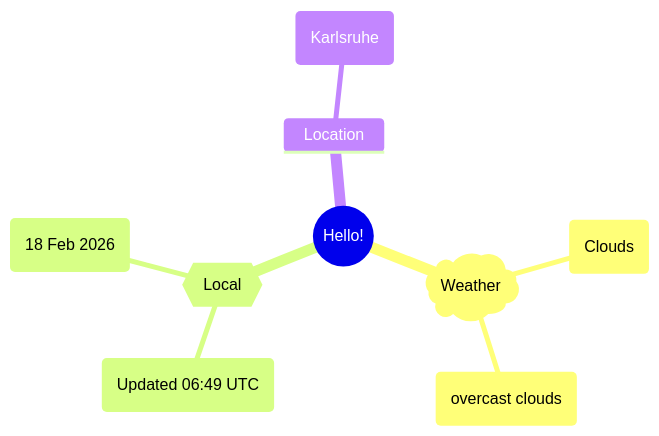
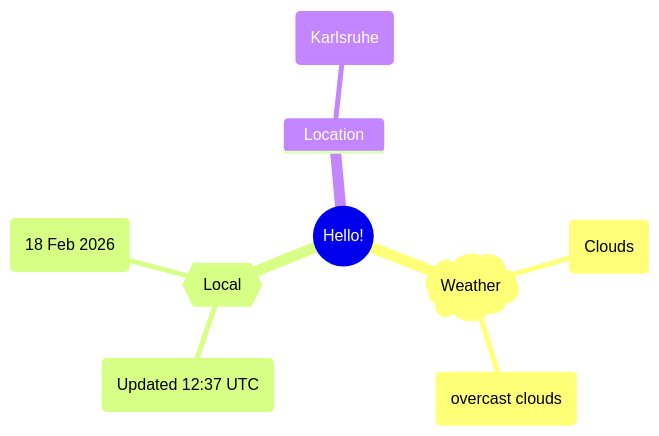
The first of 2 diagrams in README.md (Xosrov/Xosrov), drawn with Mermaid before and after one commit.

Commit message:
[bot] updated images

````diff
--- a/README.md
+++ b/README.md
@@ -3,12 +3,12 @@
 ```mermaid
 mindmap
   root((Hello!))
     )Weather(
         (Clouds)
         (overcast clouds)
     {{Local}}
-        (Updated 06:49 UTC)
+        (Updated 12:37 UTC)
         (18 Feb 2026)
     Location
         (Karlsruhe)
 ```
````
